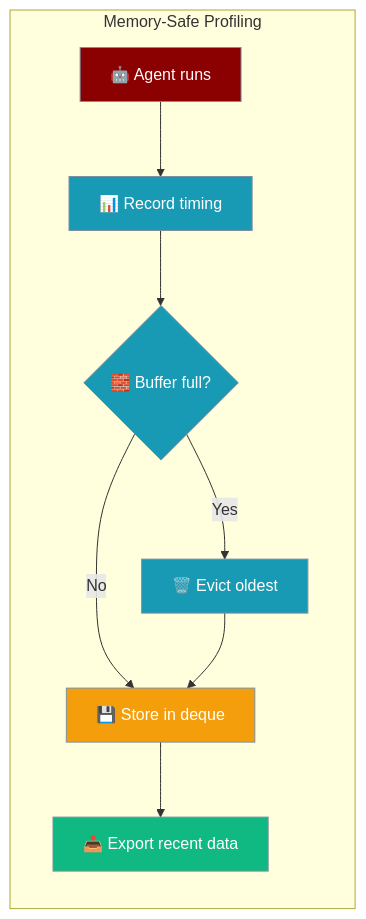
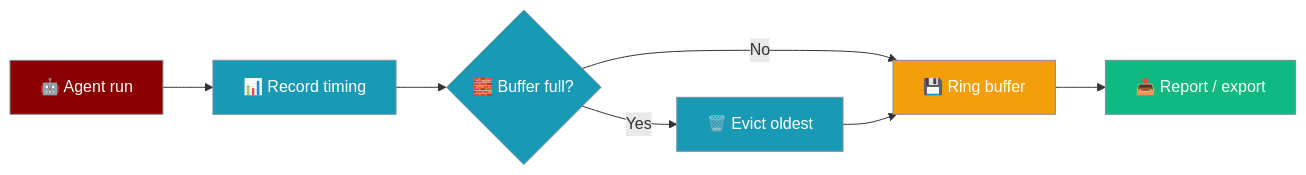
The diagram in docs/features/profiling.mdx (MervinPraison/PraisonAIDocs), drawn with Mermaid before and after one commit. The commit also changed other lines of this file and 4 other files, not shown here.

````diff
--- a/docs/features/profiling.mdx
+++ b/docs/features/profiling.mdx
@@ -56,21 +25,19 @@
 ```mermaid
 graph LR
-    subgraph "Memory-Safe Profiling"
-        A[🤖 Agent runs] --> B[📊 Record timing]
-        B --> C{🧱 Buffer full?}
-        C -->|No| D[💾 Store in deque]
-        C -->|Yes| E[🗑️ Evict oldest]
-        E --> D
-        D --> F[📤 Export recent data]
-    end
-    
+    A[🤖 Agent run] --> B[📊 Record timing]
+    B --> C{🧱 Buffer full?}
+    C -->|No| D[💾 Ring buffer]
+    C -->|Yes| E[🗑️ Evict oldest]
+    E --> D
+    D --> F[📤 Report / export]
+
     classDef agent fill:#8B0000,stroke:#7C90A0,color:#fff
     classDef process fill:#189AB4,stroke:#7C90A0,color:#fff
     classDef storage fill:#F59E0B,stroke:#7C90A0,color:#fff
     classDef output fill:#10B981,stroke:#7C90A0,color:#fff
-    
+
     class A agent
     class B,C,E process
     class D storage
     class F output
 ```
````
